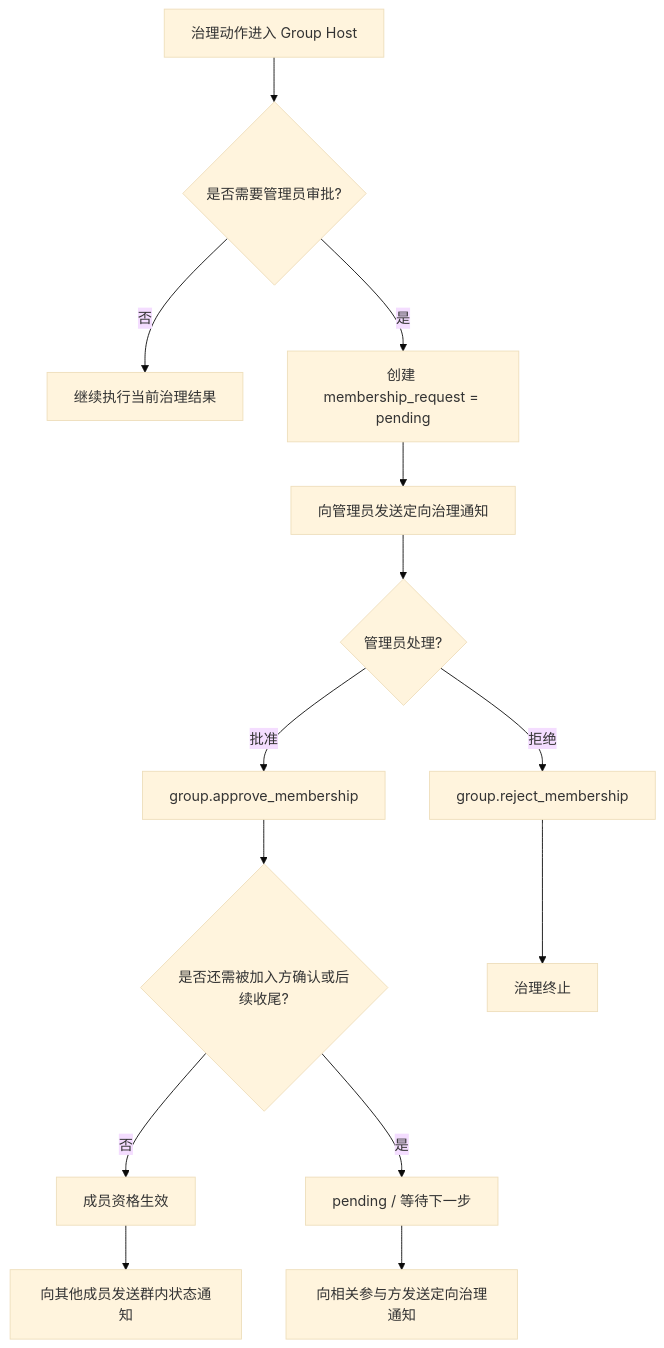
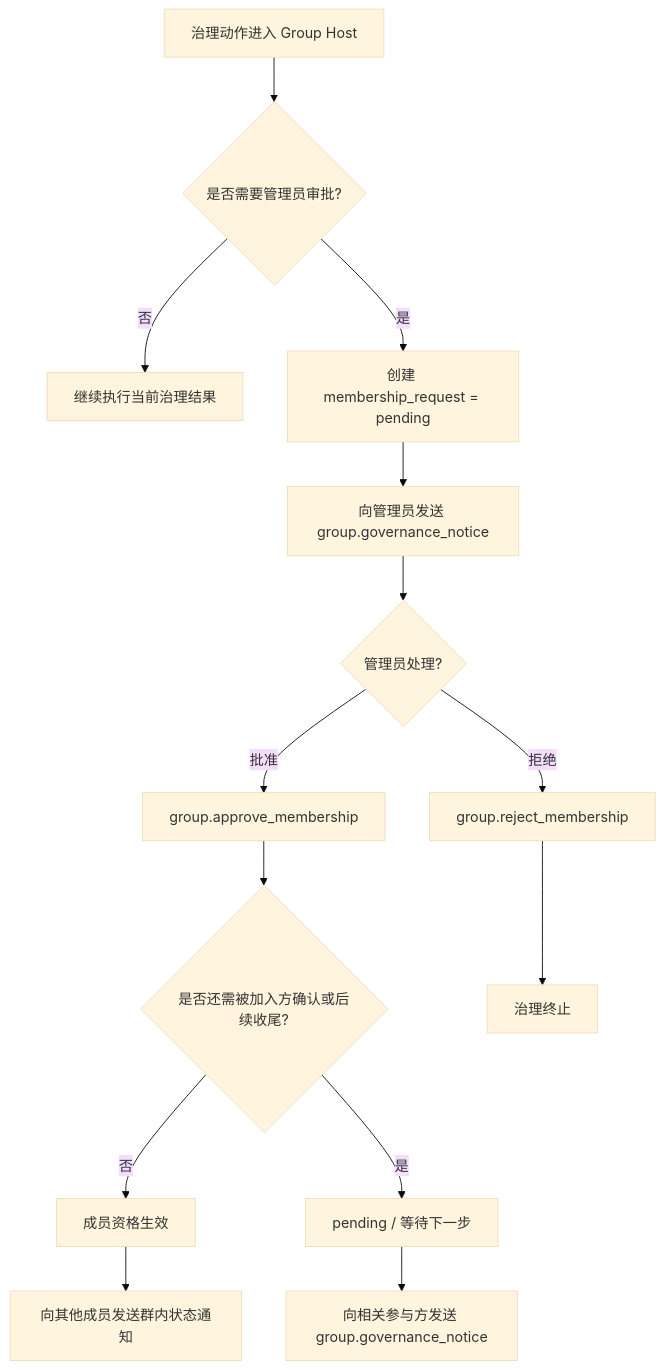
The fifth of 7 diagrams in chinese/message/04-群组基础语义.md (NeatNerdPrime/AgentNetworkProtocol), drawn with Mermaid (base theme) before and after one commit. The commit also changed other lines of this file, not shown here.

Commit message:
update group base

````diff
--- a/chinese/message/04-群组基础语义.md
+++ b/chinese/message/04-群组基础语义.md
@@ -1300,16 +1320,16 @@
 ```mermaid
 flowchart TD
     A[治理动作进入 Group Host] --> B{是否需要管理员审批?}
     B -- 否 --> C[继续执行当前治理结果]
     B -- 是 --> D[创建 membership_request = pending]
-    D --> E[向管理员发送定向治理通知]
+    D --> E[向管理员发送 group.governance_notice]
     E --> F{管理员处理?}
     F -- 批准 --> G[group.approve_membership]
     F -- 拒绝 --> H[group.reject_membership]
     G --> I{是否还需被加入方确认或后续收尾?}
     I -- 否 --> J[成员资格生效]
     I -- 是 --> K[pending / 等待下一步]
     H --> L[治理终止]
     J --> M[向其他成员发送群内状态通知]
-    K --> N[向相关参与方发送定向治理通知]
+    K --> N[向相关参与方发送 group.governance_notice]
 ```
````
